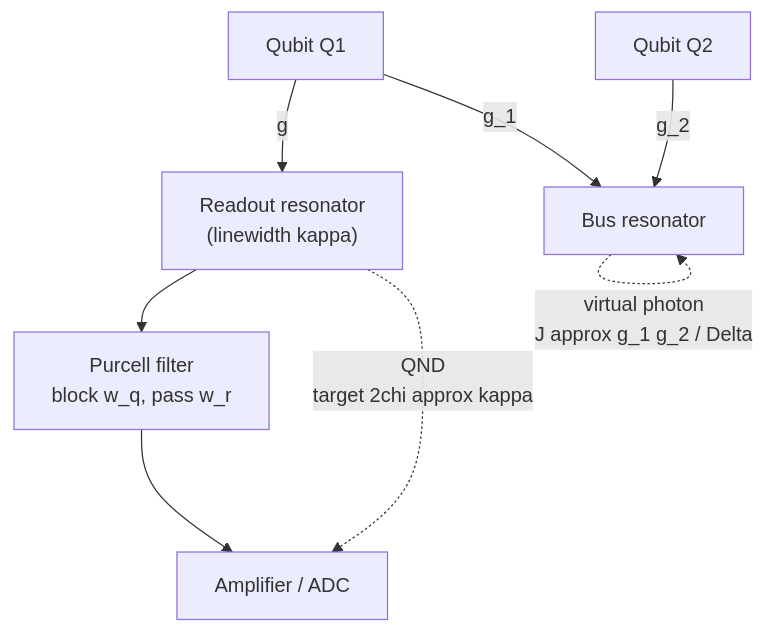
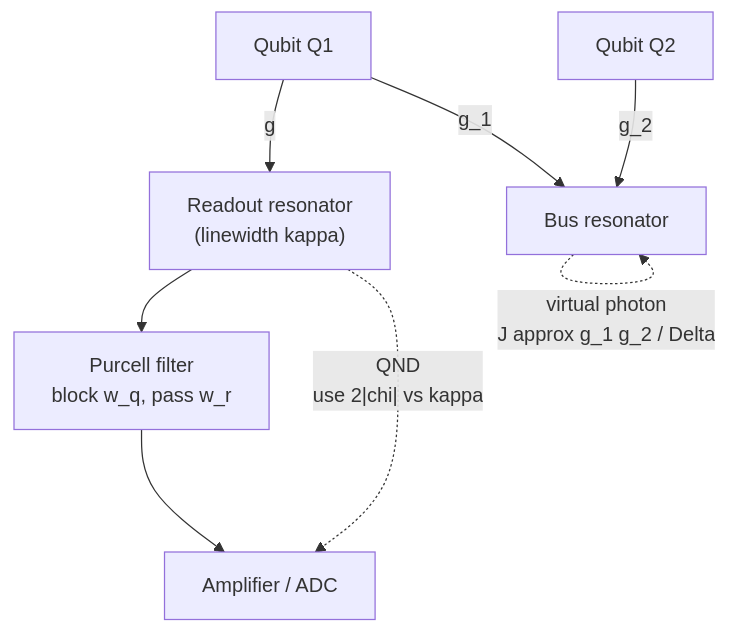
One commit to Iamsohungrynow/superconducting-qubits-journey changed the second of 2 diagrams in tutorial/05-circuit-qed.md. Above: the diagram before and after it, drawn with Mermaid. The commit also changed other lines of this file, not shown here.

````diff
--- a/tutorial/05-circuit-qed.md
+++ b/tutorial/05-circuit-qed.md
@@ -140,10 +140,10 @@
 ```mermaid
 flowchart TD
     Q1["Qubit Q1"] -->|"g"| R["Readout resonator<br/>(linewidth kappa)"]
     R --> PF["Purcell filter<br/>block w_q, pass w_r"]
     PF --> AMP["Amplifier / ADC"]
-    R -.->|"QND<br/>target 2chi approx kappa"| AMP
+    R -.->|"QND<br/>use 2|chi| vs kappa"| AMP
     Q1 -->|"g_1"| BUS["Bus resonator"]
     Q2["Qubit Q2"] -->|"g_2"| BUS
     BUS -.->|"virtual photon<br/>J approx g_1 g_2 / Delta"| BUS
 ```
````
